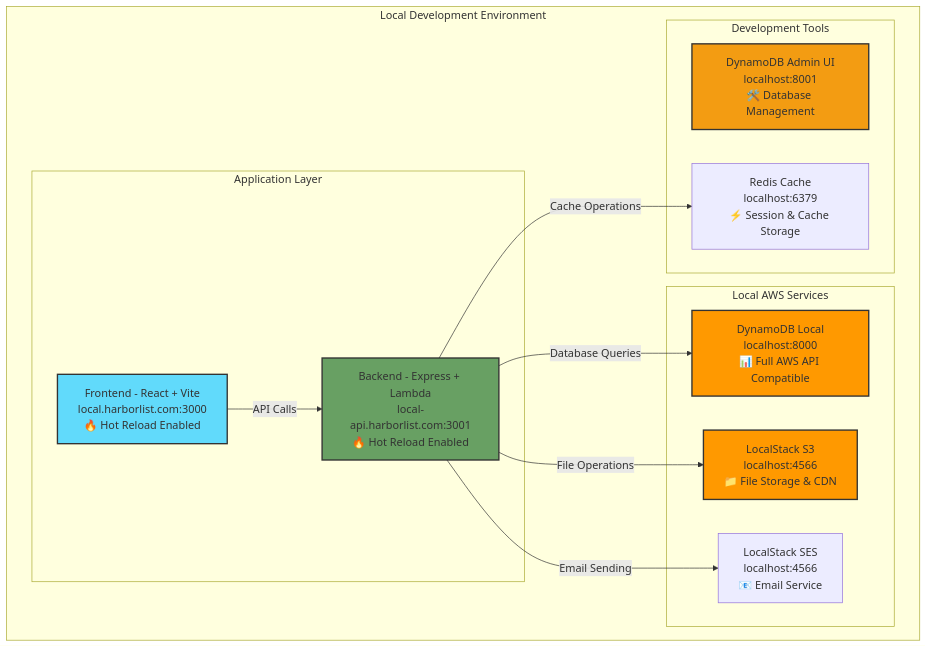
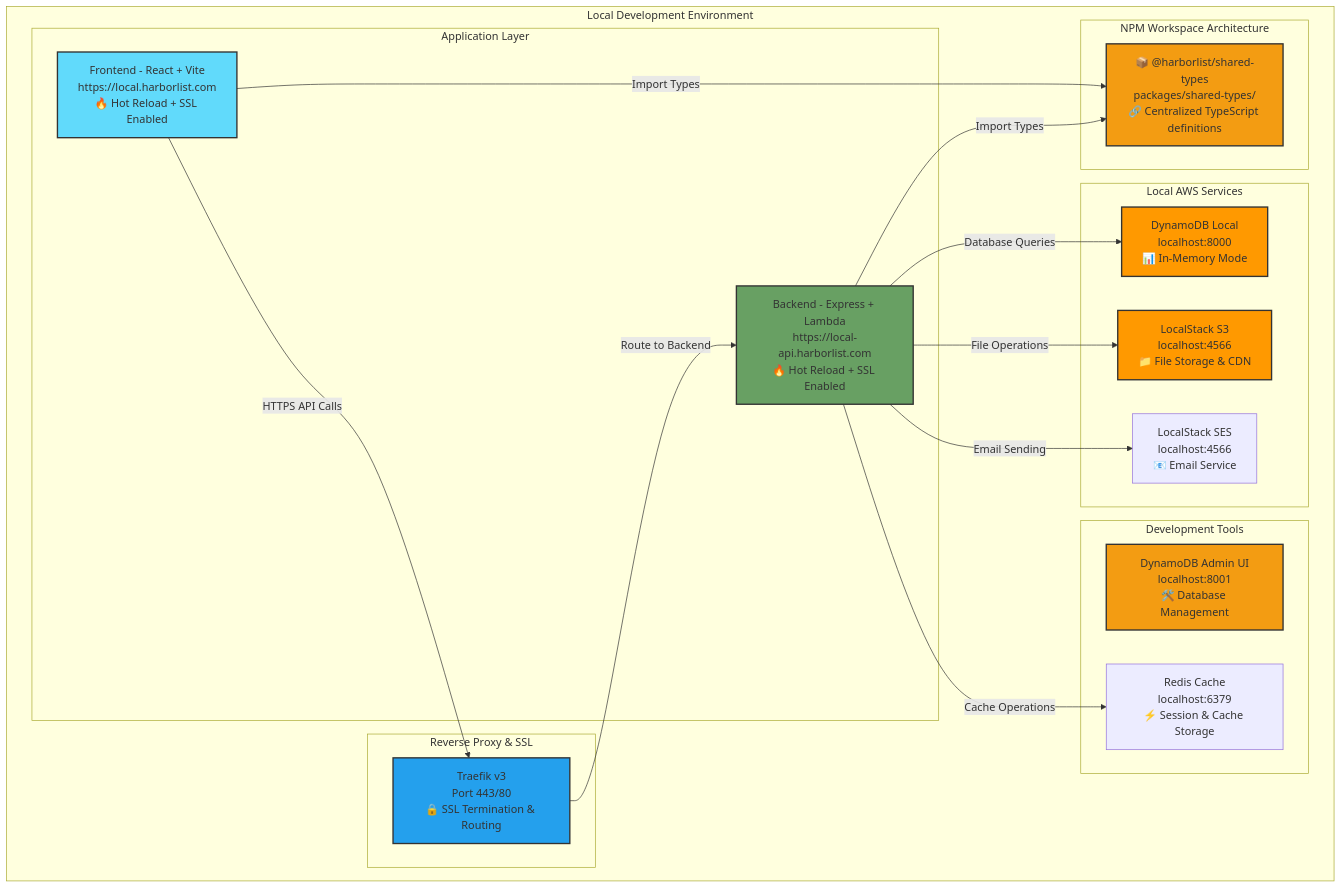
One commit to felixep/harborlist-marketplace changed the diagram in docs/deployment/local-development.md. Above: the diagram before and after it, drawn with Mermaid. The commit also changed other lines of this file and 90 other files, not shown here.

````diff
--- a/docs/deployment/local-development.md
+++ b/docs/deployment/local-development.md
@@ -9,32 +9,45 @@
 ```mermaid
 graph TB
     subgraph "Local Development Environment"
+        subgraph "NPM Workspace Architecture"
+            ST[📦 @harborlist/shared-types<br/>packages/shared-types/<br/>🔗 Centralized TypeScript definitions]
+        end
+        
         subgraph "Application Layer"
-            FE[Frontend - React + Vite<br/>local.harborlist.com:3000<br/>🔥 Hot Reload Enabled]
-            BE[Backend - Express + Lambda<br/>local-api.harborlist.com:3001<br/>🔥 Hot Reload Enabled]
+            FE[Frontend - React + Vite<br/>https://local.harborlist.com<br/>🔥 Hot Reload + SSL Enabled]
+            BE[Backend - Express + Lambda<br/>https://local-api.harborlist.com<br/>🔥 Hot Reload + SSL Enabled]
+        end
+        
+        subgraph "Reverse Proxy & SSL"
+            TRAEFIK[Traefik v3<br/>Port 443/80<br/>🔒 SSL Termination & Routing]
         end
         
         subgraph "Local AWS Services"
-            DDB[DynamoDB Local<br/>localhost:8000<br/>📊 Full AWS API Compatible]
+            DDB[DynamoDB Local<br/>localhost:8000<br/>📊 In-Memory Mode]
             S3[LocalStack S3<br/>localhost:4566<br/>📁 File Storage & CDN]
             SES[LocalStack SES<br/>localhost:4566<br/>📧 Email Service]
         end
         
         subgraph "Development Tools"
             ADMIN[DynamoDB Admin UI<br/>localhost:8001<br/>🛠️ Database Management]
             REDIS[Redis Cache<br/>localhost:6379<br/>⚡ Session & Cache Storage]
         end
     end
     
-    FE -->|API Calls| BE
+    FE -->|Import Types| ST
+    BE -->|Import Types| ST
+    FE -->|HTTPS API Calls| TRAEFIK
+    TRAEFIK -->|Route to Backend| BE
     BE -->|Database Queries| DDB
     BE -->|File Operations| S3
     BE -->|Email Sending| SES
     BE -->|Cache Operations| REDIS
     
     style FE fill:#61dafb,stroke:#333,stroke-width:2px
     style BE fill:#68a063,stroke:#333,stroke-width:2px
+    style ST fill:#f39c12,stroke:#333,stroke-width:2px
+    style TRAEFIK fill:#24a0ed,stroke:#333,stroke-width:2px
     style DDB fill:#ff9900,stroke:#333,stroke-width:2px
     style S3 fill:#ff9900,stroke:#333,stroke-width:2px
     style ADMIN fill:#f39c12,stroke:#333,stroke-width:2px
 ```
````
